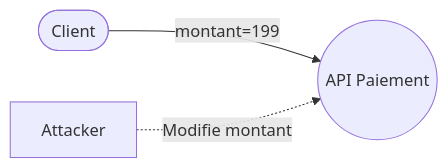
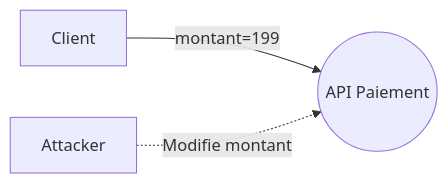
Before and after one commit to ophenix-maisonneuve/420-950-ma-site-web: the third of 3 diagrams in _notes/stride/menaces/stride-tampering.md, drawn with Mermaid.

Commit message:
publication notes modélisation menace

````diff
--- a/_notes/stride/menaces/stride-tampering.md
+++ b/_notes/stride/menaces/stride-tampering.md
@@ -136,5 +136,5 @@
 ```mermaid
 flowchart LR
-    Client([Client]) -->|montant=199| API((API Paiement))
+    Client[Client] -->|montant=199| API((API Paiement))
     Attacker -. Modifie montant .-> API
 ```
````
